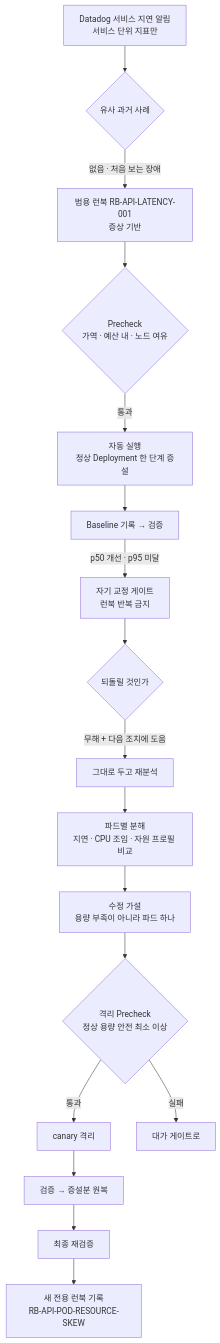
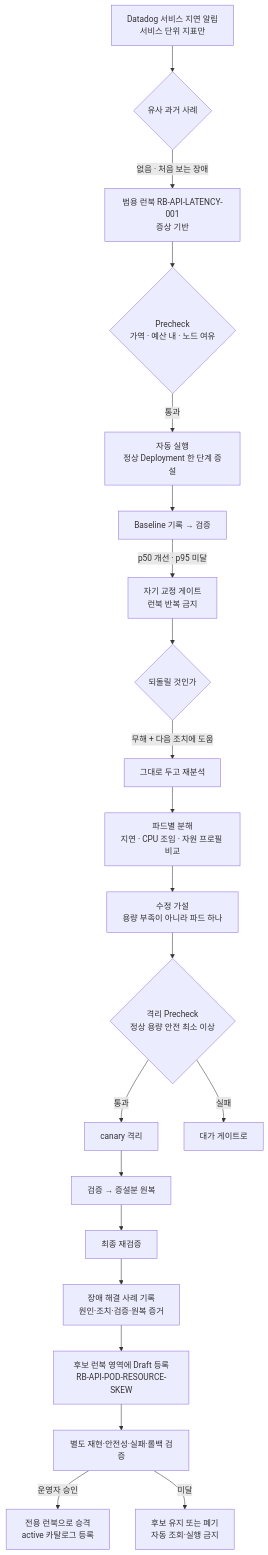
One commit to CJ-Only-One/O2-live-ai-ops changed the third of 4 diagrams in docs/scenario-experiment.md. Above: the diagram before and after it, drawn with Mermaid. The commit also changed other lines of this file and 1 other file, not shown here.

````diff
--- a/docs/scenario-experiment.md
+++ b/docs/scenario-experiment.md
@@ -137,19 +182,23 @@
 ```mermaid
 flowchart TB
     A["Datadog 서비스 지연 알림<br/>서비스 단위 지표만"] --> B{"유사 과거 사례"}
     B -->|"없음 · 처음 보는 장애"| C["범용 런북 RB-API-LATENCY-001<br/>증상 기반"]
     C --> D{"Precheck<br/>가역 · 예산 내 · 노드 여유"}
     D -->|"통과"| E["자동 실행<br/>정상 Deployment 한 단계 증설"]
     E --> F["Baseline 기록 → 검증"]
     F -->|"p50 개선 · p95 미달"| G["자기 교정 게이트<br/>런북 반복 금지"]
     G --> H{"되돌릴 것인가"}
     H -->|"무해 + 다음 조치에 도움"| I["그대로 두고 재분석"]
     I --> J["파드별 분해<br/>지연 · CPU 조임 · 자원 프로필 비교"]
     J --> K["수정 가설<br/>용량 부족이 아니라 파드 하나"]
     K --> L{"격리 Precheck<br/>정상 용량 안전 최소 이상"}
     L -->|"통과"| M["canary 격리"]
     L -->|"실패"| N["대가 게이트로"]
     M --> O["검증 → 증설분 원복"]
     O --> P["최종 재검증"]
-    P --> Q["새 전용 런북 기록<br/>RB-API-POD-RESOURCE-SKEW"]
+    P --> Q["장애 해결 사례 기록<br/>원인·조치·검증·원복 증거"]
+    Q --> R["후보 런북 영역에 Draft 등록<br/>RB-API-POD-RESOURCE-SKEW"]
+    R --> S["별도 재현·안전성·실패·롤백 검증"]
+    S -->|"운영자 승인"| T["전용 런북으로 승격<br/>active 카탈로그 등록"]
+    S -->|"미달"| U["후보 유지 또는 폐기<br/>자동 조회·실행 금지"]
 ```
````
